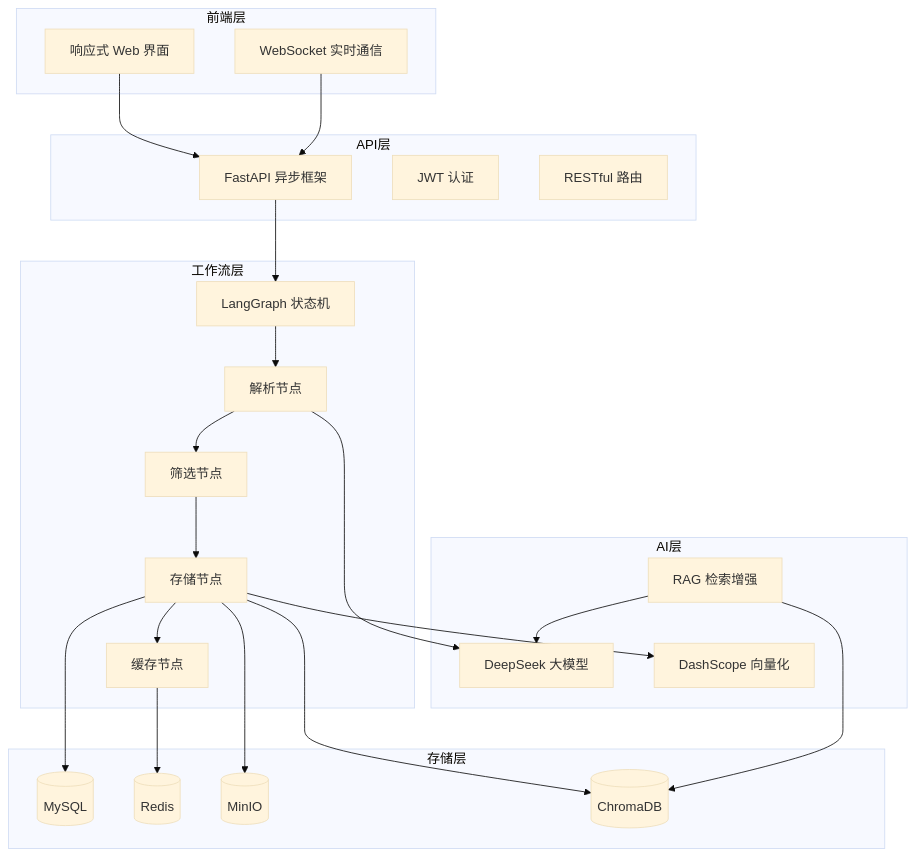
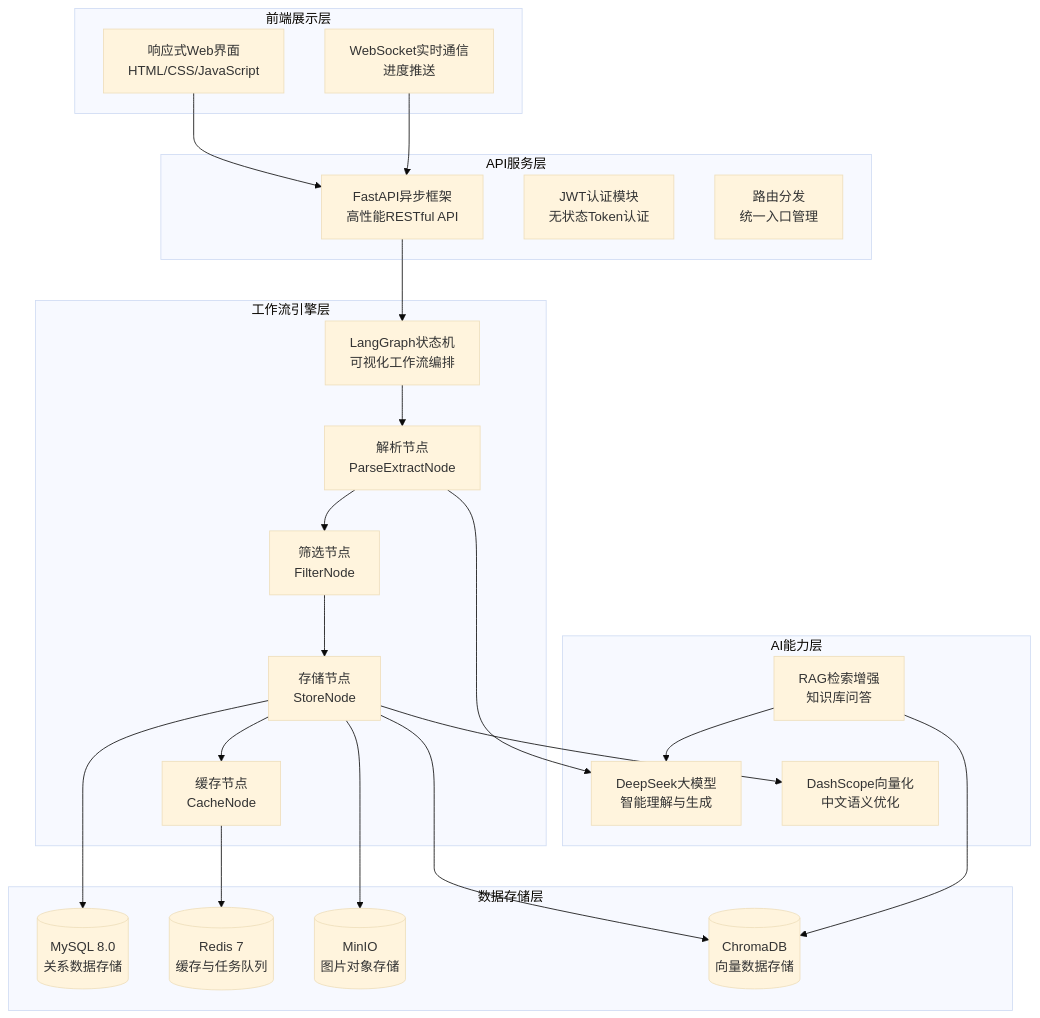
Before and after one commit to xt765/ResumeScreening: the second of 14 diagrams in README.md, drawn with Mermaid (base theme). The commit also changed other lines of this file and 2 other files, not shown here.

First line of the commit message:
docs: README添加详细文字讲解，实现图文并茂

````diff
--- a/README.md
+++ b/README.md
@@ -43,47 +66,47 @@
 ```mermaid
 graph TB
-    subgraph 前端层
-        UI[响应式 Web 界面]
-        WS[WebSocket 实时通信]
+    subgraph 前端层["前端展示层"]
+        UI[响应式Web界面<br/>HTML/CSS/JavaScript]
+        WS[WebSocket实时通信<br/>进度推送]
     end
     
-    subgraph API层
-        FastAPI[FastAPI 异步框架]
-        Auth[JWT 认证]
-        Route[RESTful 路由]
+    subgraph API层["API服务层"]
+        FastAPI[FastAPI异步框架<br/>高性能RESTful API]
+        Auth[JWT认证模块<br/>无状态Token认证]
+        Route[路由分发<br/>统一入口管理]
     end
     
-    subgraph 工作流层
-        LG[LangGraph 状态机]
-        Node1[解析节点]
-        Node2[筛选节点]
-        Node3[存储节点]
-        Node4[缓存节点]
+    subgraph 工作流层["工作流引擎层"]
+        LG[LangGraph状态机<br/>可视化工作流编排]
+        Node1[解析节点<br/>ParseExtractNode]
+        Node2[筛选节点<br/>FilterNode]
+        Node3[存储节点<br/>StoreNode]
+        Node4[缓存节点<br/>CacheNode]
     end
     
-    subgraph AI层
-        LLM[DeepSeek 大模型]
-        EMB[DashScope 向量化]
-        RAG[RAG 检索增强]
+    subgraph AI层["AI能力层"]
+        LLM[DeepSeek大模型<br/>智能理解与生成]
+        EMB[DashScope向量化<br/>中文语义优化]
+        RAG[RAG检索增强<br/>知识库问答]
     end
     
-    subgraph 存储层
-        MySQL[(MySQL)]
-        Redis[(Redis)]
-        MinIO[(MinIO)]
-        Chroma[(ChromaDB)]
+    subgraph 存储层["数据存储层"]
+        MySQL[(MySQL 8.0<br/>关系数据存储)]
+        Redis[(Redis 7<br/>缓存与任务队列)]
+        MinIO[(MinIO<br/>图片对象存储)]
+        Chroma[(ChromaDB<br/>向量数据存储)]
     end
     
     UI --> FastAPI
     WS --> FastAPI
     FastAPI --> LG
     LG --> Node1 --> Node2 --> Node3 --> Node4
     Node1 --> LLM
     Node3 --> EMB
     Node3 --> MySQL
     Node3 --> MinIO
     Node3 --> Chroma
     Node4 --> Redis
     RAG --> LLM
     RAG --> Chroma
 ```
````
